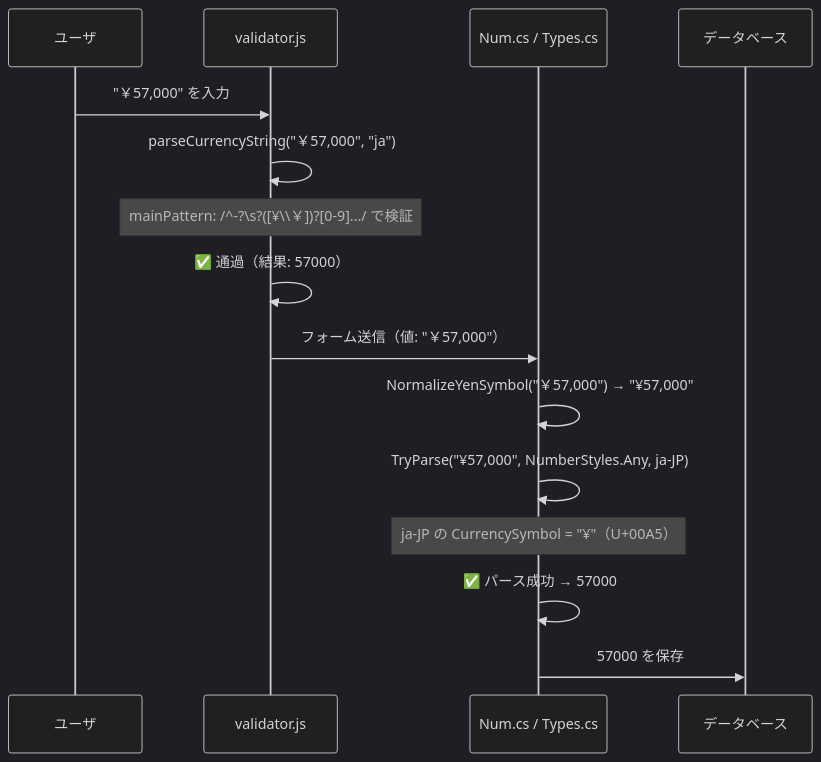
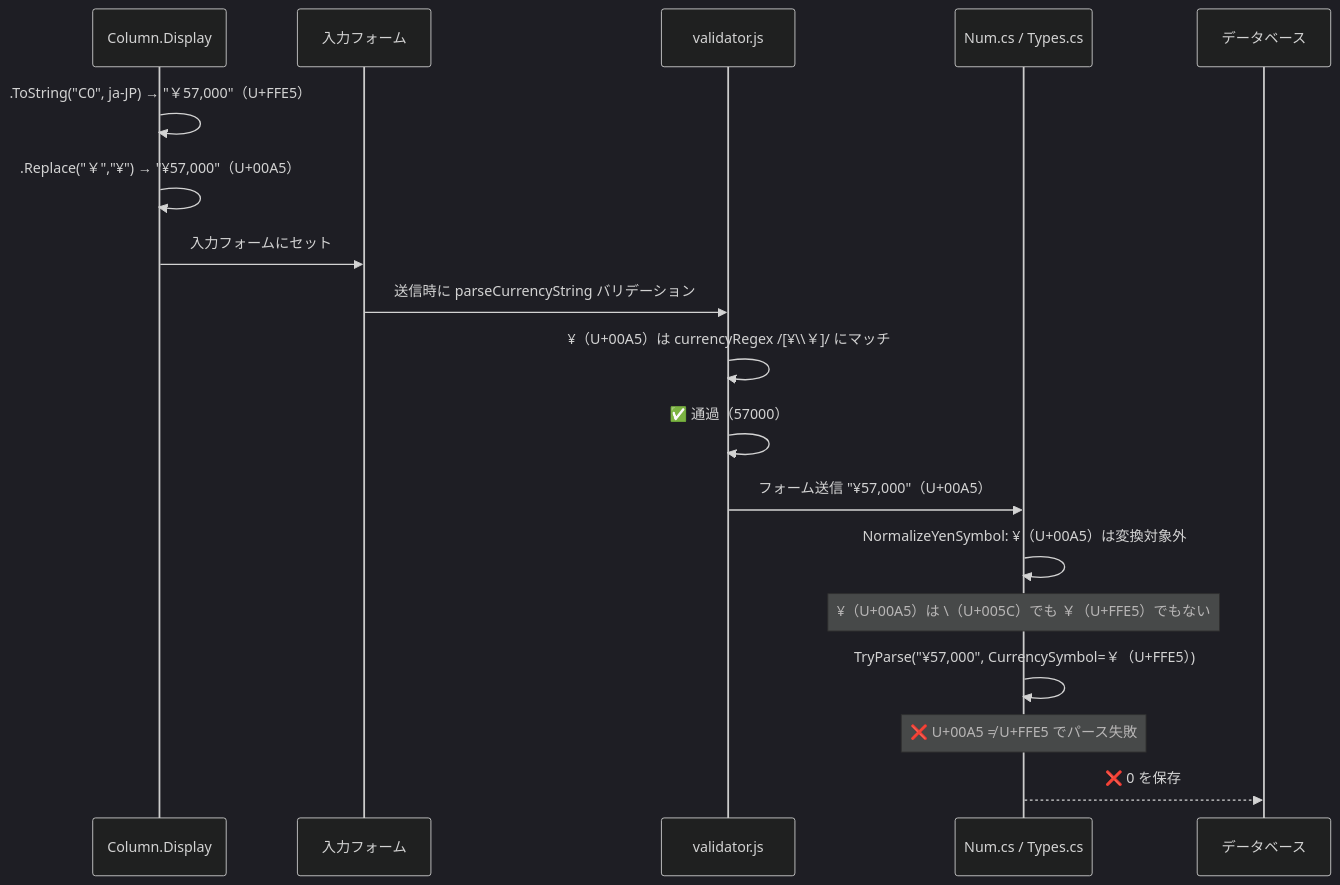
One commit to vehiclevisionjp/VehicleVision.Pleasanter.ResearchDocuments changed the fifth of 5 diagrams in docs/research/07-編集画面・モーダル/014-数値項目通貨記号変換の改変調査.md. Above: the diagram before and after it, drawn with Mermaid (dark theme). The commit also changed other lines of this file, not shown here.

````diff
--- a/docs/research/07-編集画面・モーダル/014-数値項目通貨記号変換の改変調査.md
+++ b/docs/research/07-編集画面・モーダル/014-数値項目通貨記号変換の改変調査.md
@@ -413,18 +507,21 @@
 ```mermaid
 sequenceDiagram
-    participant User as ユーザ
+    participant Display as Column.Display
+    participant Form as 入力フォーム
     participant Client as validator.js
     participant Server as Num.cs / Types.cs
     participant DB as データベース
 
-    User->>Client: "￥57,000" を入力
-    Client->>Client: parseCurrencyString("￥57,000", "ja")
-    Note over Client: mainPattern: /^-?\s?([¥\\￥])?[0-9].../ で検証
-    Client->>Client: ✅ 通過（結果: 57000）
-    Client->>Server: フォーム送信（値: "￥57,000"）
-    Server->>Server: NormalizeYenSymbol("￥57,000") → "¥57,000"
-    Server->>Server: TryParse("¥57,000", NumberStyles.Any, ja-JP)
-    Note over Server: ja-JP の CurrencySymbol = "¥"（U+00A5）
-    Server->>Server: ✅ パース成功 → 57000
-    Server->>DB: 57000 を保存
+    Display->>Display: .ToString("C0", ja-JP) → "￥57,000"（U+FFE5）
+    Display->>Display: .Replace("￥","¥") → "¥57,000"（U+00A5）
+    Display->>Form: 入力フォームにセット
+    Form->>Client: 送信時に parseCurrencyString バリデーション
+    Client->>Client: ¥（U+00A5）は currencyRegex /[¥\\￥]/ にマッチ
+    Client->>Client: ✅ 通過（57000）
+    Client->>Server: フォーム送信 "¥57,000"（U+00A5）
+    Server->>Server: NormalizeYenSymbol: ¥（U+00A5）は変換対象外
+    Note over Server: ¥（U+00A5）は \（U+005C）でも ￥（U+FFE5）でもない
+    Server->>Server: TryParse("¥57,000", CurrencySymbol=￥（U+FFE5）)
+    Note over Server: ❌ U+00A5 ≠ U+FFE5 でパース失敗
+    Server-->>DB: ❌ 0 を保存
 ```
````
